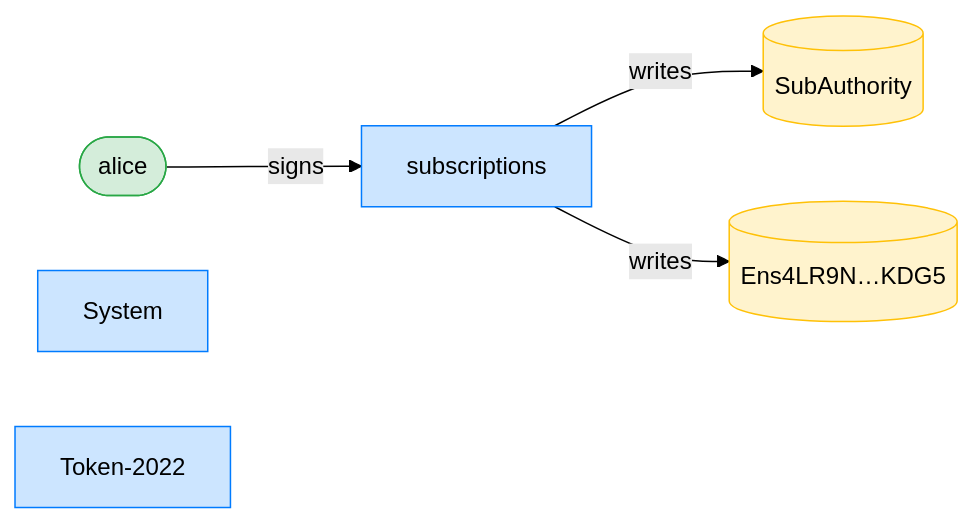
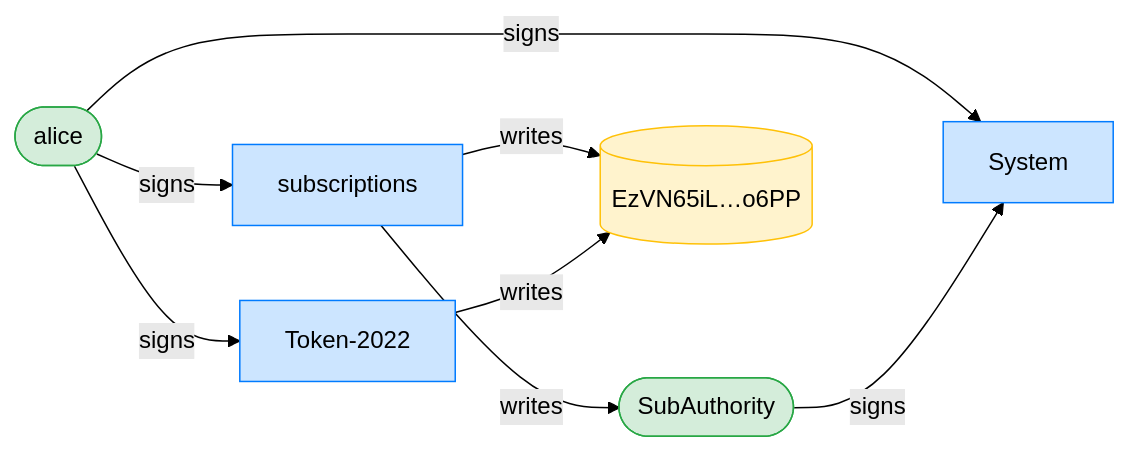
Before and after one commit to cds-rs/subscriptions: the third of 4 diagrams in dsl_tests/initialize-over-a-token-2022-mint-----.md, drawn with Mermaid (forest theme). The commit also changed other lines of this file and 224 other files, not shown here.

````diff
--- a/dsl_tests/initialize-over-a-token-2022-mint-----.md
+++ b/dsl_tests/initialize-over-a-token-2022-mint-----.md
@@ -55,15 +56,19 @@
 ```mermaid
 flowchart LR
     classDef signer fill:#d4edda,stroke:#28a745;
     classDef program fill:#cce5ff,stroke:#007bff;
     classDef writable fill:#fff3cd,stroke:#ffc107;
     subscriptions[subscriptions]:::program
     alice([alice]):::signer
-    SubAuthority[(SubAuthority)]:::writable
-    Ens4LR9N_KDG5[("Ens4LR9N…KDG5")]:::writable
+    SubAuthority([SubAuthority]):::signer
+    EzVN65iL_o6PP[("EzVN65iL…o6PP")]:::writable
     System[System]:::program
     Token_2022["Token-2022"]:::program
     alice -->|signs| subscriptions
+    alice -->|signs| System
+    SubAuthority -->|signs| System
+    alice -->|signs| Token_2022
     subscriptions -->|writes| SubAuthority
-    subscriptions -->|writes| Ens4LR9N_KDG5
+    subscriptions -->|writes| EzVN65iL_o6PP
+    Token_2022 -->|writes| EzVN65iL_o6PP
 ```
````
